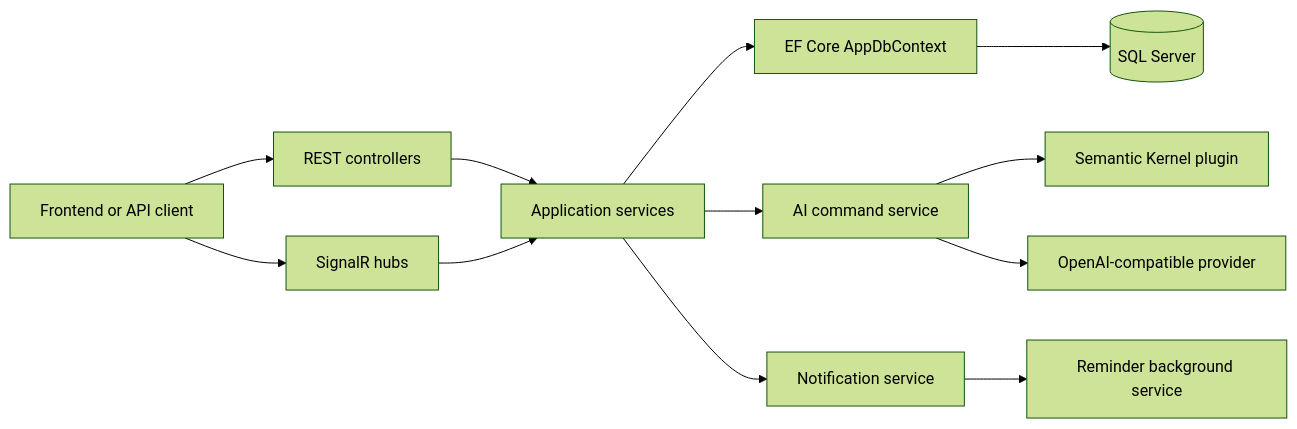
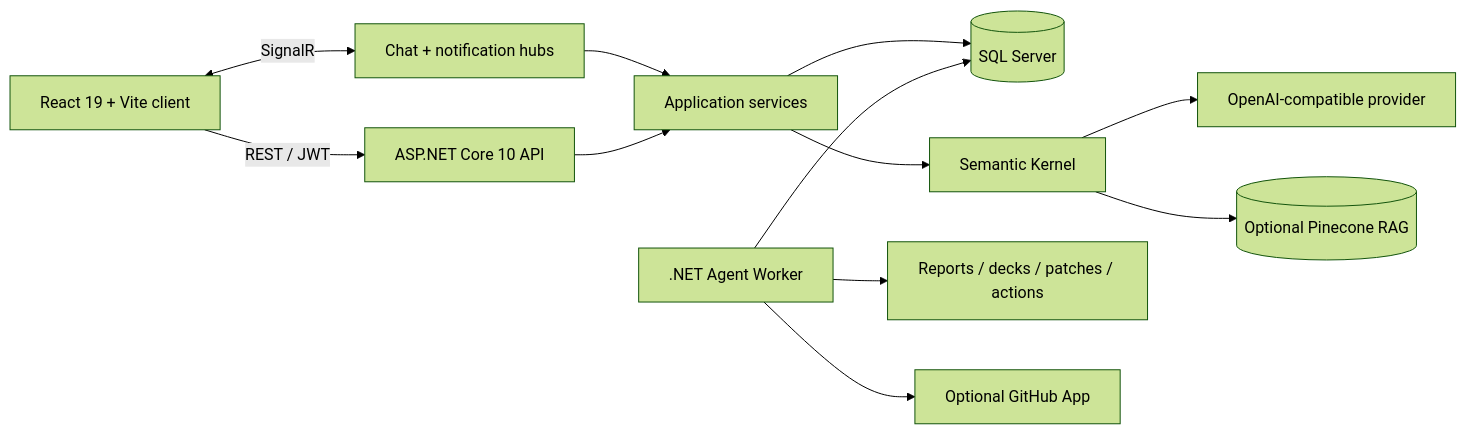
Before and after one commit to WalterCQ/SWE310-FinalProject: the diagram in README.md, drawn with Mermaid (forest theme). The commit also changed other lines of this file and 30 other files, not shown here.

````diff
--- a/README.md
+++ b/README.md
@@ -96,14 +108,16 @@
 ```mermaid
 flowchart LR
-    Client[Frontend or API client] --> Controllers[REST controllers]
-    Client --> Hubs[SignalR hubs]
-    Controllers --> Services[Application services]
-    Hubs --> Services
-    Services --> DbContext[EF Core AppDbContext]
-    DbContext --> SqlServer[(SQL Server)]
-    Services --> AiService[AI command service]
-    AiService --> SemanticKernel[Semantic Kernel plugin]
-    AiService --> Llm[OpenAI-compatible provider]
-    Services --> Notifications[Notification service]
-    Notifications --> ReminderWorker[Reminder background service]
+    UI[React 19 + Vite client] -->|REST / JWT| API[ASP.NET Core 10 API]
+    UI <-->|SignalR| HUBS[Chat + notification hubs]
+    HUBS --> SERVICES[Application services]
+    API --> SERVICES
+    SERVICES --> DB[(SQL Server)]
+
+    SERVICES --> SK[Semantic Kernel]
+    SK --> LLM[OpenAI-compatible provider]
+    SK --> VECTOR[(Optional Pinecone RAG)]
+
+    WORKER[.NET Agent Worker] --> DB
+    WORKER --> ARTIFACTS[Reports / decks / patches / actions]
+    WORKER --> GITHUB[Optional GitHub App]
 ```
````
